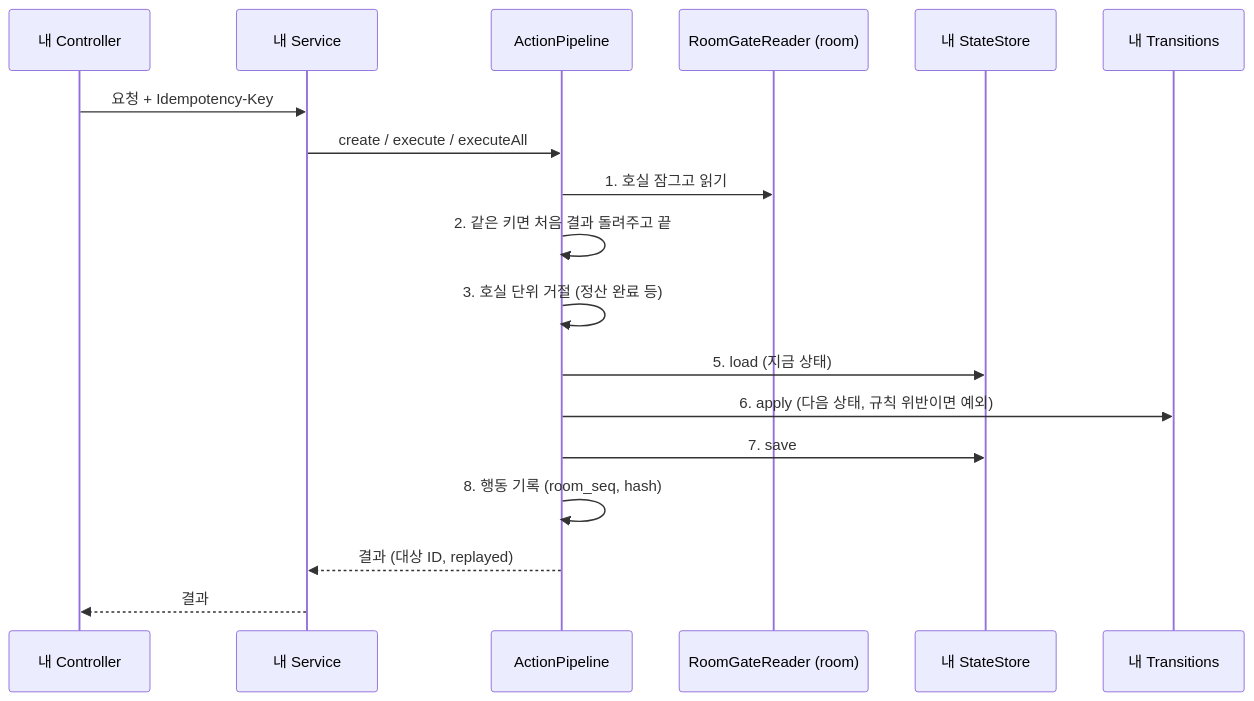
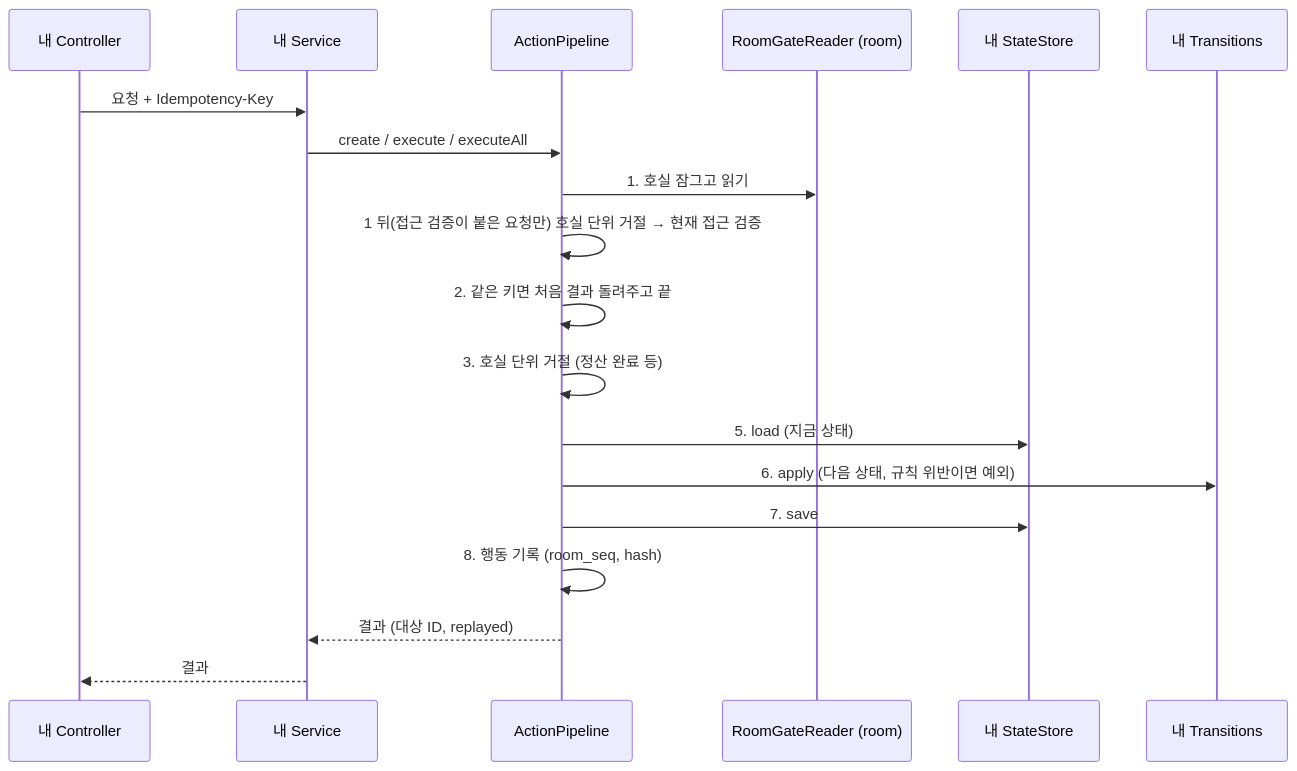
One commit to prgrms-be-devcourse/NBE12-14-final-homestamp changed the diagram in docs/guides/action-pipeline.md. Above: the diagram before and after it, drawn with Mermaid. The commit also changed other lines of this file and 27 other files, not shown here.

````diff
--- a/docs/guides/action-pipeline.md
+++ b/docs/guides/action-pipeline.md
@@ -19,20 +19,21 @@
 ```mermaid
 sequenceDiagram
     participant C as 내 Controller
     participant S as 내 Service
     participant P as ActionPipeline
     participant G as RoomGateReader (room)
     participant St as 내 StateStore
     participant R as 내 Transitions
     C->>S: 요청 + Idempotency-Key
     S->>P: create / execute / executeAll
     P->>G: 1. 호실 잠그고 읽기
+    P->>P: 1 뒤(접근 검증이 붙은 요청만) 호실 단위 거절 → 현재 접근 검증
     P->>P: 2. 같은 키면 처음 결과 돌려주고 끝
     P->>P: 3. 호실 단위 거절 (정산 완료 등)
     P->>St: 5. load (지금 상태)
     P->>R: 6. apply (다음 상태, 규칙 위반이면 예외)
     P->>St: 7. save
     P->>P: 8. 행동 기록 (room_seq, hash)
     P-->>S: 결과 (대상 ID, replayed)
     S-->>C: 결과
 ```
````
